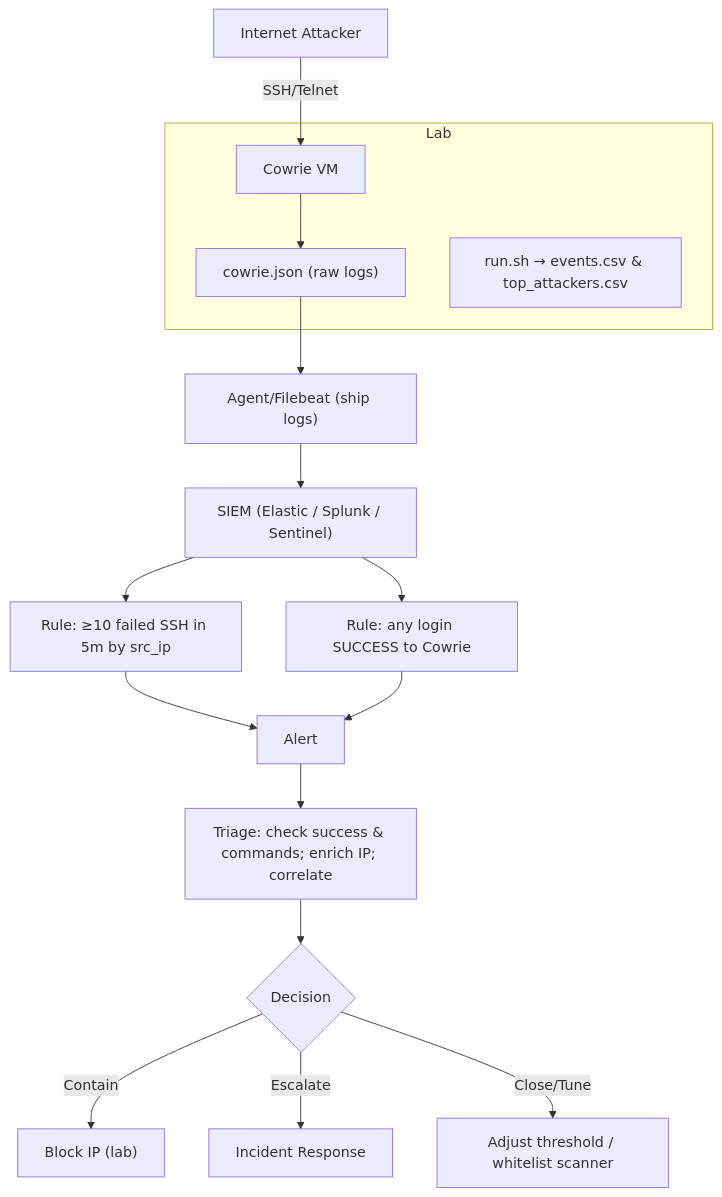
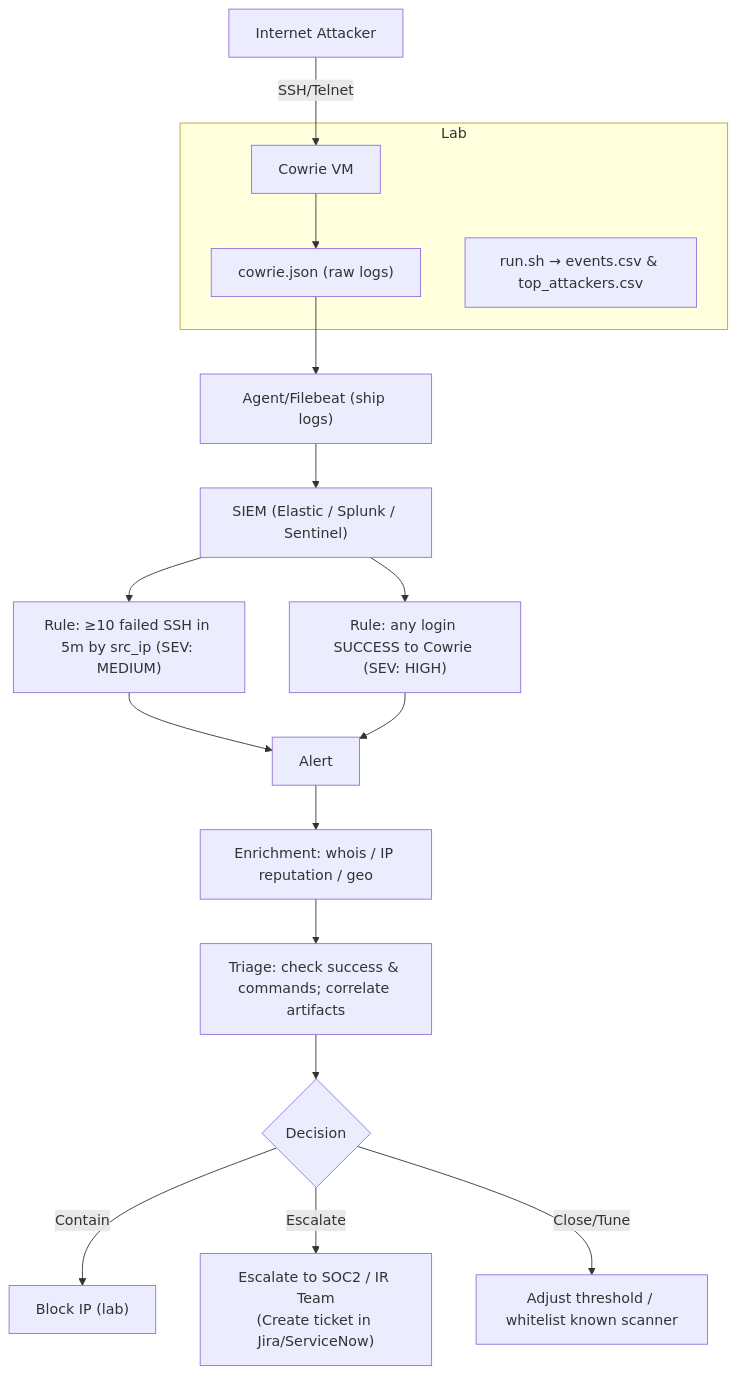
Before and after one commit to kanootsaeed/cybersecurity-projects-: the diagram in honeypot-cowrie/README.md, drawn with Mermaid. The commit also changed other lines of this file, not shown here.

````diff
--- a/honeypot-cowrie/README.md
+++ b/honeypot-cowrie/README.md
@@ -10,25 +7,29 @@
 ```mermaid
 flowchart TD
 A["Internet Attacker"] -->|SSH/Telnet| B["Cowrie VM"];
 subgraph Lab
   B
   C["cowrie.json (raw logs)"]
   O["run.sh → events.csv & top_attackers.csv"]
 end
 B --> C;
 C --> D["Agent/Filebeat (ship logs)"];
 D --> E["SIEM (Elastic / Splunk / Sentinel)"];
 
-%% Two concrete detections
-E --> R1["Rule: ≥10 failed SSH in 5m by src_ip"];
-E --> R2["Rule: any login SUCCESS to Cowrie"];
+%% Detections with explicit severity
+E --> R1["Rule: ≥10 failed SSH in 5m by src_ip (SEV: MEDIUM)"];
+E --> R2["Rule: any login SUCCESS to Cowrie (SEV: HIGH)"];
 
 R1 --> F["Alert"];
 R2 --> F;
-F --> G["Triage: check success & commands; enrich IP; correlate"];
 
+%% Enrichment step (real SOC behavior)
+F --> X["Enrichment: whois / IP reputation / geo"];
+X --> G["Triage: check success & commands; correlate artifacts"];
+
+%% Decisions & outcomes
 G --> H{"Decision"};
 H -->|Contain| I["Block IP (lab)"];
-H -->|Escalate| J["Incident Response"];
-H -->|Close/Tune| K["Adjust threshold / whitelist scanner"];
+H -->|Escalate| J["Escalate to SOC2 / IR Team\n(Create ticket in Jira/ServiceNow)"];
+H -->|Close/Tune| K["Adjust threshold / whitelist known scanner"];
 ```
````
